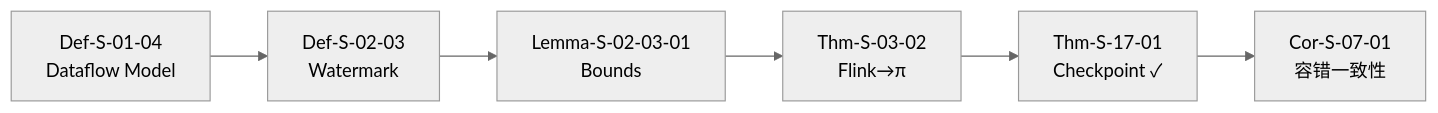
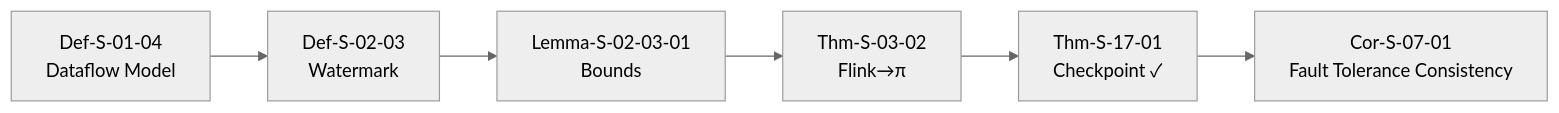
One commit to AdaMartin18010/AnalysisDataFlow changed the first of 5 diagrams in i18n/en/Struct/Key-Theorem-Proof-Chains.md. Above: the diagram before and after it, drawn with Mermaid (neutral theme). The commit also changed other lines of this file and 210 other files, not shown here.

````diff
--- a/i18n/en/Struct/Key-Theorem-Proof-Chains.md
+++ b/i18n/en/Struct/Key-Theorem-Proof-Chains.md
@@ -28,8 +53,8 @@
 ```mermaid
 graph LR
     D0104[Def-S-01-04<br/>Dataflow Model] --> D0203[Def-S-02-03<br/>Watermark]
     D0203 --> L020301[Lemma-S-02-03-01<br/>Bounds]
     L020301 --> T0302[Thm-S-03-02<br/>Flink→π]
     T0302 --> T0401[Thm-S-17-01<br/>Checkpoint ✓]
-    T0401 --> C040101[Cor-S-07-01<br/>容错一致性]
+    T0401 --> C040101[Cor-S-07-01<br/>Fault Tolerance Consistency]
 ```
````
